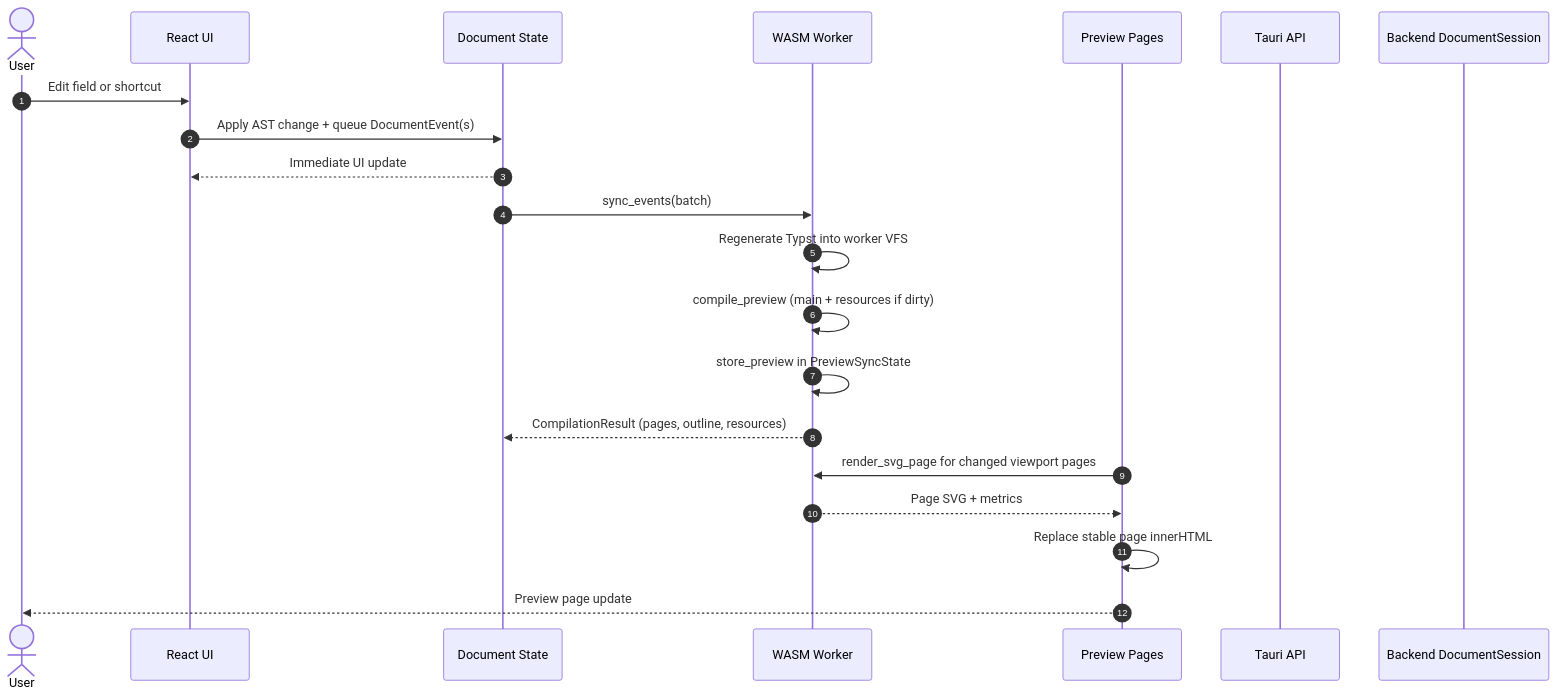
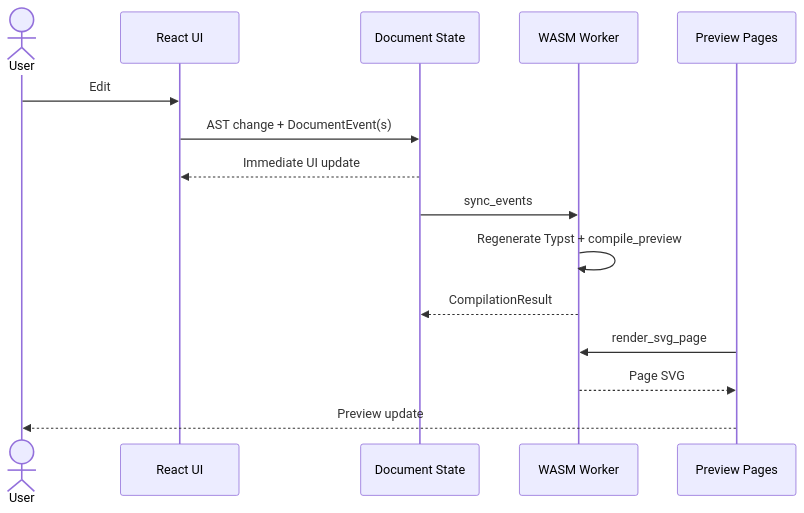
Before and after one commit to andmoreduro/ergo: the first of 10 diagrams in context/sequence-diagrams.md, drawn with Mermaid. The commit also changed other lines of this file and 372 other files, not shown here.

````diff
--- a/context/sequence-diagrams.md
+++ b/context/sequence-diagrams.md
@@ -7,26 +7,17 @@
 ```mermaid
 sequenceDiagram
-    autonumber
-
     actor User
     participant UI as React UI
     participant State as Document State
     participant Worker as WASM Worker
     participant Preview as Preview Pages
-    participant API as Tauri API
-    participant Session as Backend DocumentSession
-
-    User->>UI: Edit field or shortcut
-    UI->>State: Apply AST change + queue DocumentEvent(s)
+    User->>UI: Edit
+    UI->>State: AST change + DocumentEvent(s)
     State-->>UI: Immediate UI update
-
-    State->>Worker: sync_events(batch)
-    Worker->>Worker: Regenerate Typst into worker VFS
-    Worker->>Worker: compile_preview (main + resources if dirty)
-    Worker->>Worker: store_preview in PreviewSyncState
-    Worker-->>State: CompilationResult (pages, outline, resources)
-    Preview->>Worker: render_svg_page for changed viewport pages
-    Worker-->>Preview: Page SVG + metrics
-    Preview->>Preview: Replace stable page innerHTML
-    Preview-->>User: Preview page update
+    State->>Worker: sync_events
+    Worker->>Worker: Regenerate Typst + compile_preview
+    Worker-->>State: CompilationResult
+    Preview->>Worker: render_svg_page
+    Worker-->>Preview: Page SVG
+    Preview-->>User: Preview update
 ```
````
